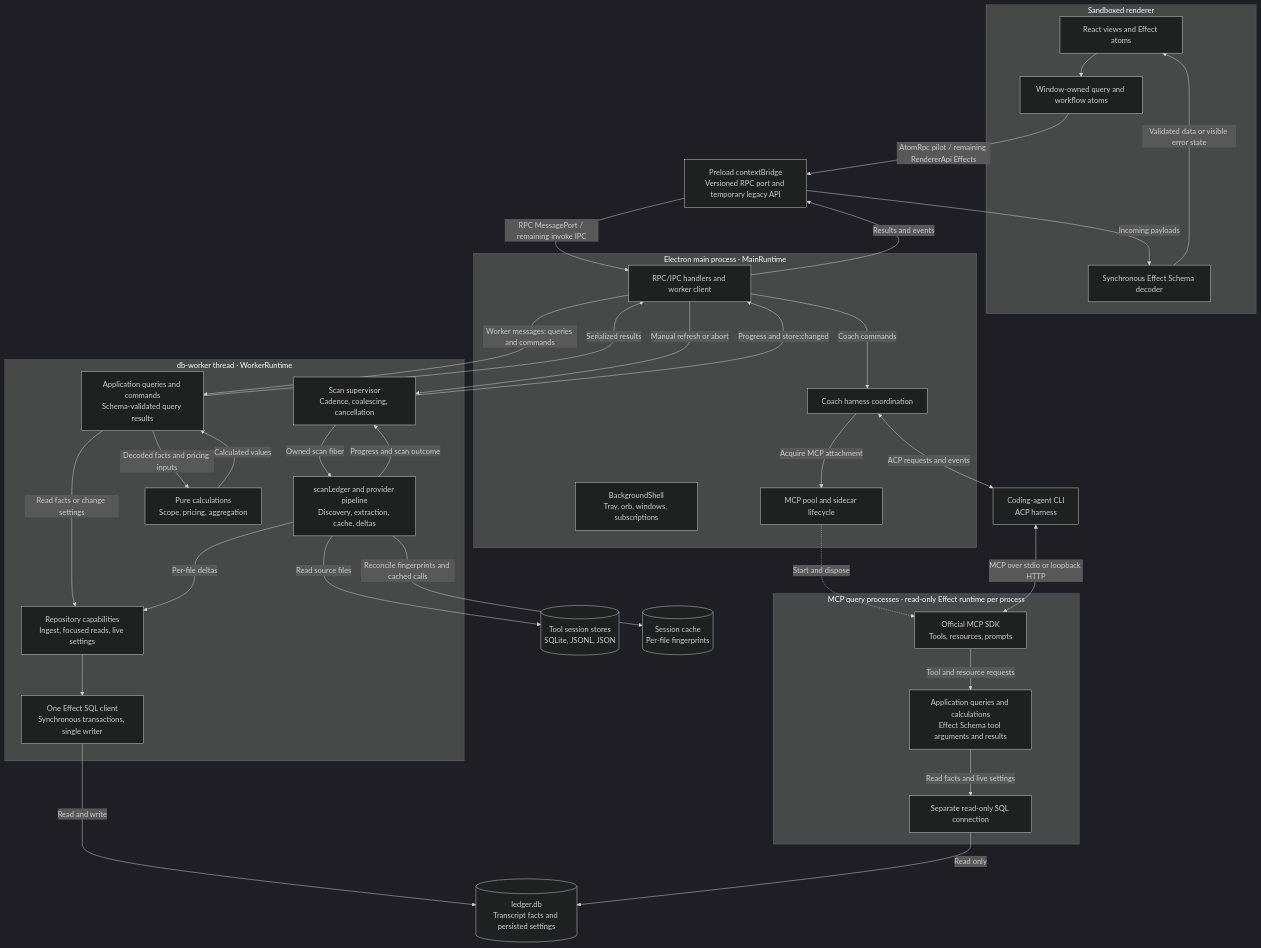
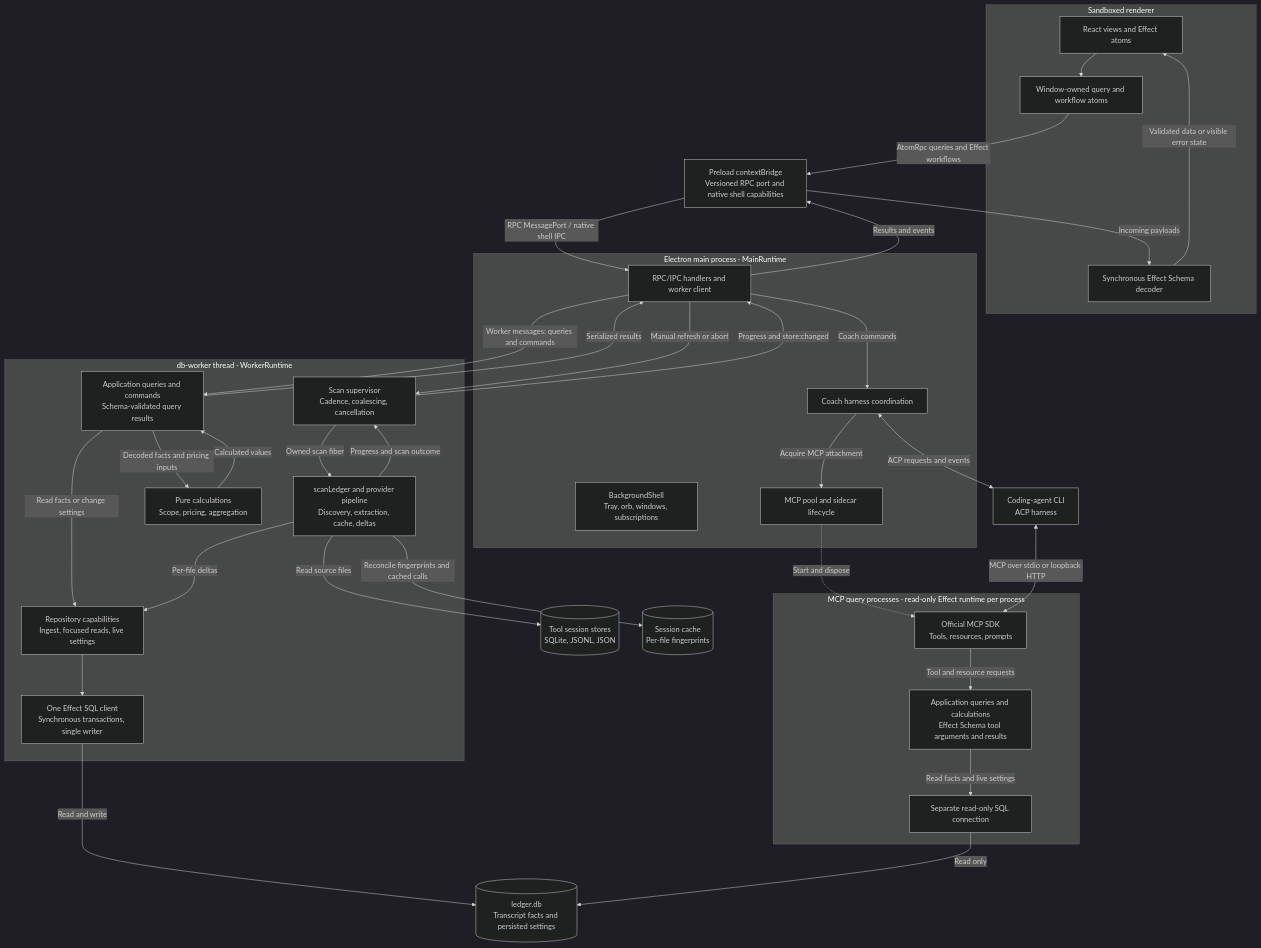
The diagram in docs/architecture.md (Pasquale-Favella/watchtower), drawn with Mermaid (dark theme) before and after one commit. The commit also changed other lines of this file and 64 other files, not shown here.

Commit message:
feat(rpc): stream Coach runs and retire legacy application IPC

````diff
--- a/docs/architecture.md
+++ b/docs/architecture.md
@@ -16,69 +16,69 @@
 ```mermaid
 flowchart TB
     subgraph renderer["Sandboxed renderer"]
         ui["React views and Effect atoms"]
         workflows["Window-owned query and workflow atoms"]
         decoder["Synchronous Effect Schema decoder"]
         ui --> workflows
         workflows ~~~ decoder
     end
 
-    preload["Preload contextBridge<br/>Versioned RPC port and temporary legacy API"]
+    preload["Preload contextBridge<br/>Versioned RPC port and native shell capabilities"]
 
     subgraph main["Electron main process · MainRuntime"]
         ipc["RPC/IPC handlers and worker client"]
         shell["BackgroundShell<br/>Tray, orb, windows, subscriptions"]
         coach["Coach harness coordination"]
         pool["MCP pool and sidecar lifecycle"]
     end
 
     subgraph worker["db-worker thread · WorkerRuntime"]
         supervisor["Scan supervisor<br/>Cadence, coalescing, cancellation"]
         scan["scanLedger and provider pipeline<br/>Discovery, extraction, cache, deltas"]
         queries["Application queries and commands<br/>Schema-validated query results"]
         calculations["Pure calculations<br/>Scope, pricing, aggregation"]
         repository["Repository capabilities<br/>Ingest, focused reads, live settings"]
         sql["One Effect SQL client<br/>Synchronous transactions, single writer"]
     end
 
     subgraph mcp["MCP query processes · read-only Effect runtime per process"]
         sdk["Official MCP SDK<br/>Tools, resources, prompts"]
         mcpQueries["Application queries and calculations<br/>Effect Schema tool arguments and results"]
         mcpSql["Separate read-only SQL connection"]
     end
 
     harness["Coding-agent CLI<br/>ACP harness"]
     sources[("Tool session stores<br/>SQLite, JSONL, JSON")]
     cache[("Session cache<br/>Per-file fingerprints")]
     ledger[("ledger.db<br/>Transcript facts and persisted settings")]
 
-    workflows -->|"AtomRpc pilot / remaining RendererApi Effects"| preload
-    preload -->|"RPC MessagePort / remaining invoke IPC"| ipc
+    workflows -->|"AtomRpc queries and Effect workflows"| preload
+    preload -->|"RPC MessagePort / native shell IPC"| ipc
     ipc -->|"Results and events"| preload
     preload -->|"Incoming payloads"| decoder
     decoder -->|"Validated data or visible error state"| ui
 
     ipc -->|"Worker messages: queries and commands"| queries
     queries -->|"Read facts or change settings"| repository
     queries -->|"Decoded facts and pricing inputs"| calculations
     calculations -->|"Calculated values"| queries
     queries -->|"Serialized results"| ipc
     ipc -->|"Manual refresh or abort"| supervisor
     supervisor -->|"Owned scan fiber"| scan
     scan -->|"Read source files"| sources
     scan -->|"Reconcile fingerprints and cached calls"| cache
     scan -->|"Per-file deltas"| repository
     repository --> sql
     sql -->|"Read and write"| ledger
     scan -->|"Progress and scan outcome"| supervisor
     supervisor -->|"Progress and store:changed"| ipc
 
     ipc -->|"Coach commands"| coach
     coach <-->|"ACP requests and events"| harness
     pool -.->|"Start and dispose"| sdk
     coach -->|"Acquire MCP attachment"| pool
     harness <-->|"MCP over stdio or loopback HTTP"| sdk
     sdk -->|"Tool and resource requests"| mcpQueries
     mcpQueries -->|"Read facts and live settings"| mcpSql
     mcpSql -->|"Read only"| ledger
 ```
````
